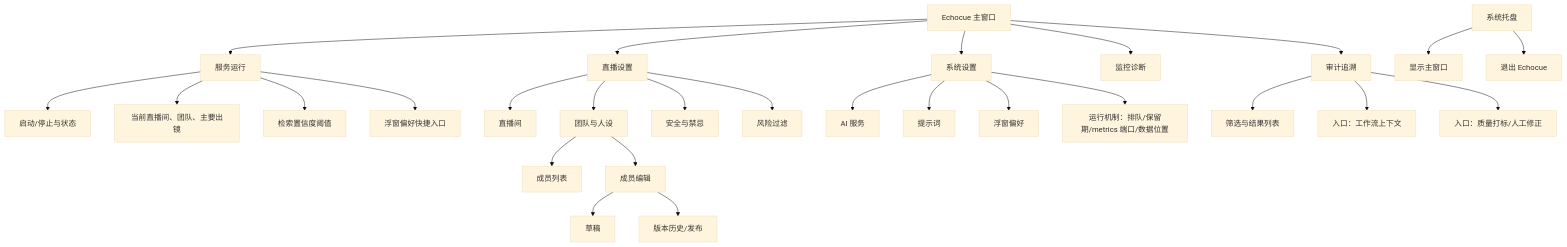
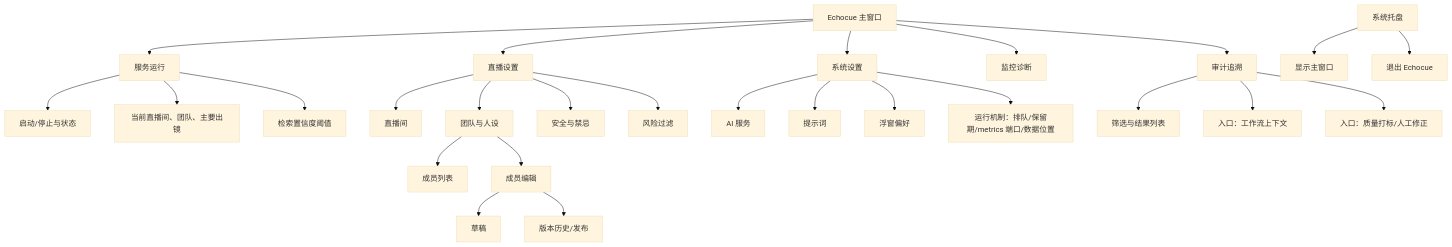
The first of 5 diagrams in docs/10-ui/Echocue-UI信息架构与交互设计-v0.1.md (Ahsen17/douyin-echocue-standalone), drawn with Mermaid (base theme) before and after one commit. The commit also changed other lines of this file and 3 other files, not shown here.

````diff
--- a/docs/10-ui/Echocue-UI信息架构与交互设计-v0.1.md
+++ b/docs/10-ui/Echocue-UI信息架构与交互设计-v0.1.md
@@ -25,29 +25,28 @@
 ```mermaid
 flowchart TB
   APP[Echocue 主窗口] --> RUN[服务运行]
   APP --> LIVE[直播设置]
   APP --> SYS[系统设置]
   APP --> DIAG[监控诊断]
   APP --> AUDIT[审计追溯]
   RUN --> START[启动/停止与状态]
   RUN --> SUMMARY[当前直播间、团队、主要出镜]
   RUN --> THRESHOLD[检索置信度阈值]
-  RUN --> QUICK[浮窗偏好快捷入口]
   LIVE --> ROOM[直播间]
   LIVE --> TEAM[团队与人设]
   LIVE --> SAFE[安全与禁忌]
   LIVE --> RISK[风险过滤]
   SYS --> PROVIDER[AI 服务]
   SYS --> PROMPT[提示词]
   SYS --> OVERLAY[浮窗偏好]
   SYS --> RUNTIME[运行机制：排队/保留期/metrics 端口/数据位置]
   TEAM --> LIST[成员列表]
   TEAM --> EDIT[成员编辑]
   EDIT --> DRAFT[草稿]
   EDIT --> VERSION[版本历史/发布]
   AUDIT --> SEARCH[筛选与结果列表]
   AUDIT --> WORKFLOW[入口：工作流上下文]
   AUDIT --> LABEL[入口：质量打标/人工修正]
   TRAY[系统托盘] --> SHOW[显示主窗口]
   TRAY --> EXIT[退出 Echocue]
 ```
````
